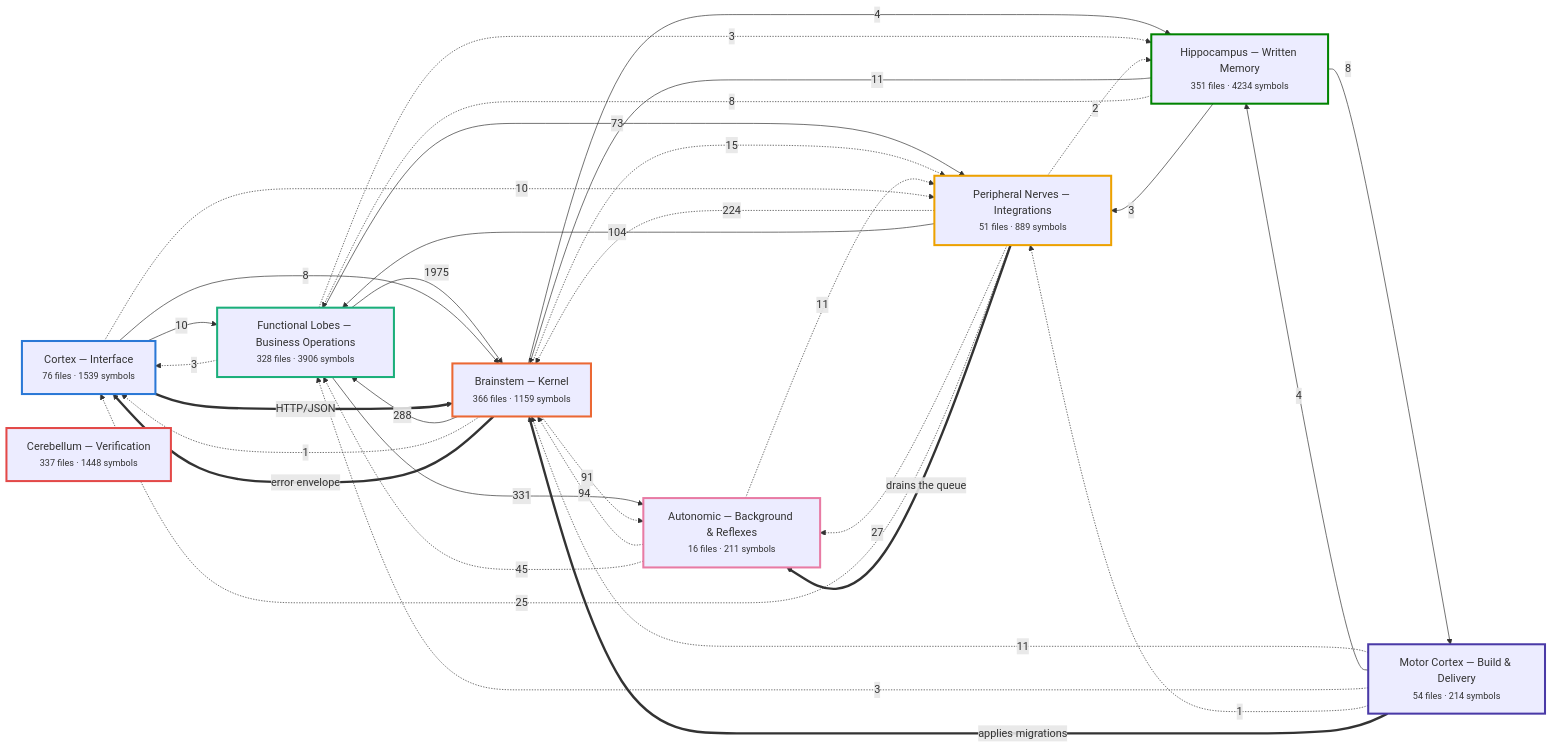
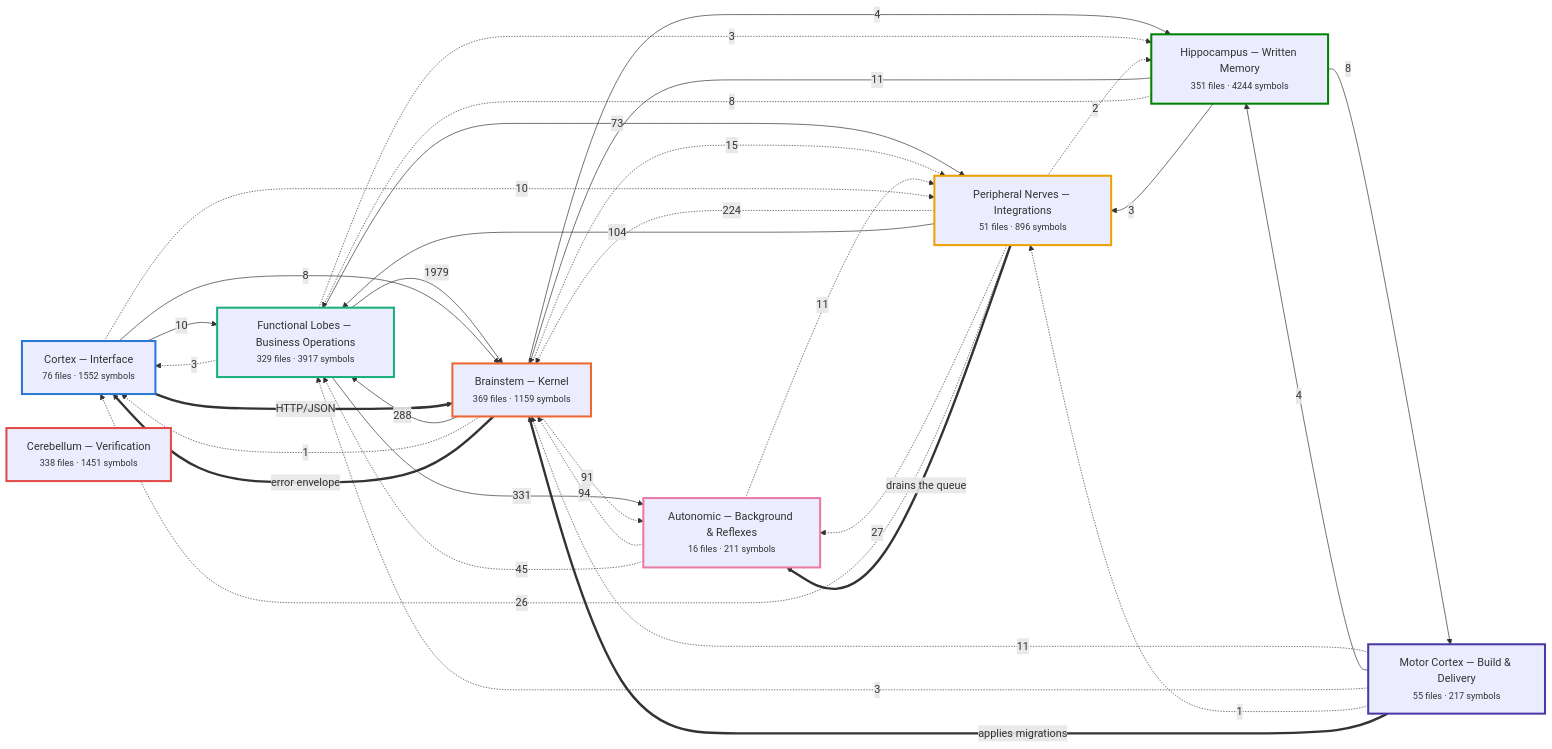
One commit to Vishalnayak226/custom_erp changed the first of 7 diagrams in docs/brain/BRAIN.md. Above: the diagram before and after it, drawn with Mermaid. The commit also changed other lines of this file and 70 other files, not shown here.

First line of the commit message:
feat: release 0.8.0 - Stages 114 and 115 — a leaner PO entry with prices that flow and are required, PO MRP to the GRN, MRP rules per product type; number series year at the end and a deleted store...

````diff
--- a/docs/brain/BRAIN.md
+++ b/docs/brain/BRAIN.md
@@ -35,60 +35,60 @@
 ```mermaid
 flowchart LR
-  n_cortex["Cortex — Interface<br/><small>76 files · 1539 symbols</small>"]
-  n_brainstem["Brainstem — Kernel<br/><small>366 files · 1159 symbols</small>"]
-  n_business["Functional Lobes — Business Operations<br/><small>328 files · 3906 symbols</small>"]
-  n_peripheral["Peripheral Nerves — Integrations<br/><small>51 files · 889 symbols</small>"]
+  n_cortex["Cortex — Interface<br/><small>76 files · 1552 symbols</small>"]
+  n_brainstem["Brainstem — Kernel<br/><small>369 files · 1159 symbols</small>"]
+  n_business["Functional Lobes — Business Operations<br/><small>329 files · 3917 symbols</small>"]
+  n_peripheral["Peripheral Nerves — Integrations<br/><small>51 files · 896 symbols</small>"]
   n_autonomic["Autonomic — Background & Reflexes<br/><small>16 files · 211 symbols</small>"]
-  n_memory["Hippocampus — Written Memory<br/><small>351 files · 4234 symbols</small>"]
-  n_motor["Motor Cortex — Build & Delivery<br/><small>54 files · 214 symbols</small>"]
-  n_verification["Cerebellum — Verification<br/><small>337 files · 1448 symbols</small>"]
-  n_business -->|1975| n_brainstem
+  n_memory["Hippocampus — Written Memory<br/><small>351 files · 4244 symbols</small>"]
+  n_motor["Motor Cortex — Build & Delivery<br/><small>55 files · 217 symbols</small>"]
+  n_verification["Cerebellum — Verification<br/><small>338 files · 1451 symbols</small>"]
+  n_business -->|1979| n_brainstem
   n_business -->|331| n_autonomic
   n_brainstem -->|288| n_business
   n_peripheral -.->|224| n_brainstem
   n_peripheral -->|104| n_business
   n_autonomic -.->|94| n_brainstem
   n_brainstem -.->|91| n_autonomic
   n_business -->|73| n_peripheral
   n_autonomic -.->|45| n_business
   n_peripheral -.->|27| n_autonomic
-  n_peripheral -.->|25| n_cortex
+  n_peripheral -.->|26| n_cortex
   n_brainstem -.->|15| n_peripheral
   n_autonomic -.->|11| n_peripheral
   n_memory -->|11| n_brainstem
   n_motor -.->|11| n_brainstem
   n_cortex -->|10| n_business
   n_cortex -.->|10| n_peripheral
   n_cortex -->|8| n_brainstem
   n_memory -.->|8| n_business
   n_memory -->|8| n_motor
   n_brainstem -->|4| n_memory
   n_motor -->|4| n_memory
   n_business -.->|3| n_cortex
   n_business -.->|3| n_memory
   n_memory -->|3| n_peripheral
   n_motor -.->|3| n_business
   n_peripheral -.->|2| n_memory
   n_brainstem -.->|1| n_cortex
   n_motor -.->|1| n_peripheral
   n_brainstem ==>|error envelope| n_cortex
   n_cortex ==>|HTTP/JSON| n_brainstem
   n_motor ==>|applies migrations| n_brainstem
   n_peripheral ==>|drains the queue| n_autonomic
   classDef n_cortex stroke:#2a78d6,stroke-width:3px;
   class n_cortex n_cortex;
   classDef n_brainstem stroke:#eb6834,stroke-width:3px;
   class n_brainstem n_brainstem;
   classDef n_business stroke:#1baf7a,stroke-width:3px;
   class n_business n_business;
   classDef n_peripheral stroke:#eda100,stroke-width:3px;
   class n_peripheral n_peripheral;
   classDef n_autonomic stroke:#e87ba4,stroke-width:3px;
   class n_autonomic n_autonomic;
   classDef n_memory stroke:#008300,stroke-width:3px;
   class n_memory n_memory;
   classDef n_motor stroke:#4a3aa7,stroke-width:3px;
   class n_motor n_motor;
   classDef n_verification stroke:#e34948,stroke-width:3px;
   class n_verification n_verification;
 ```
````
